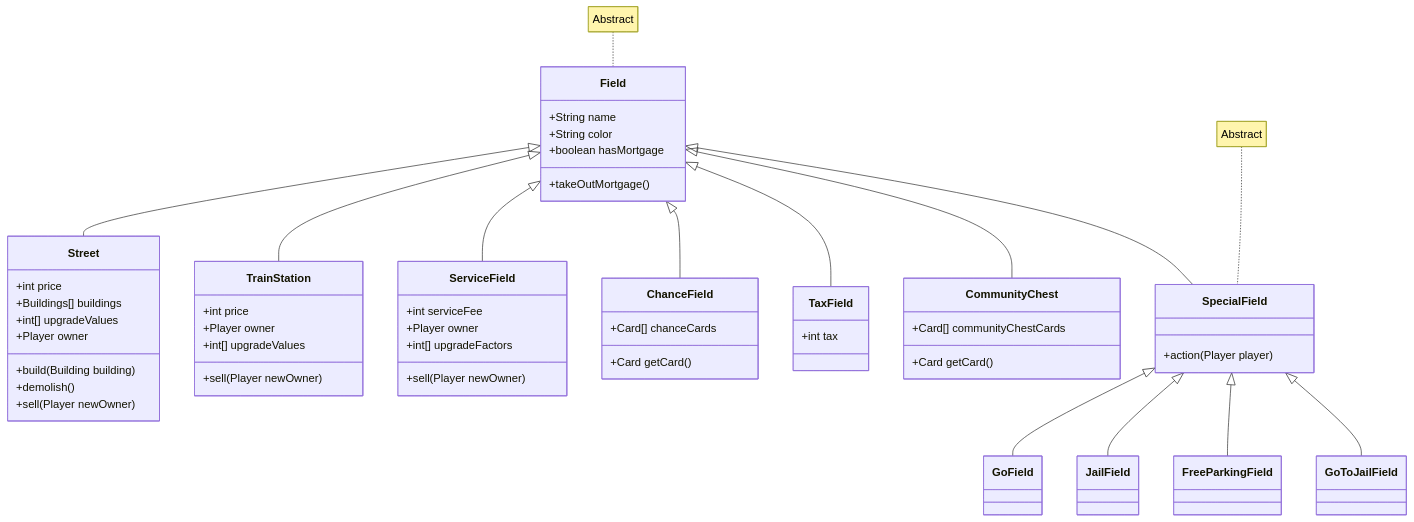
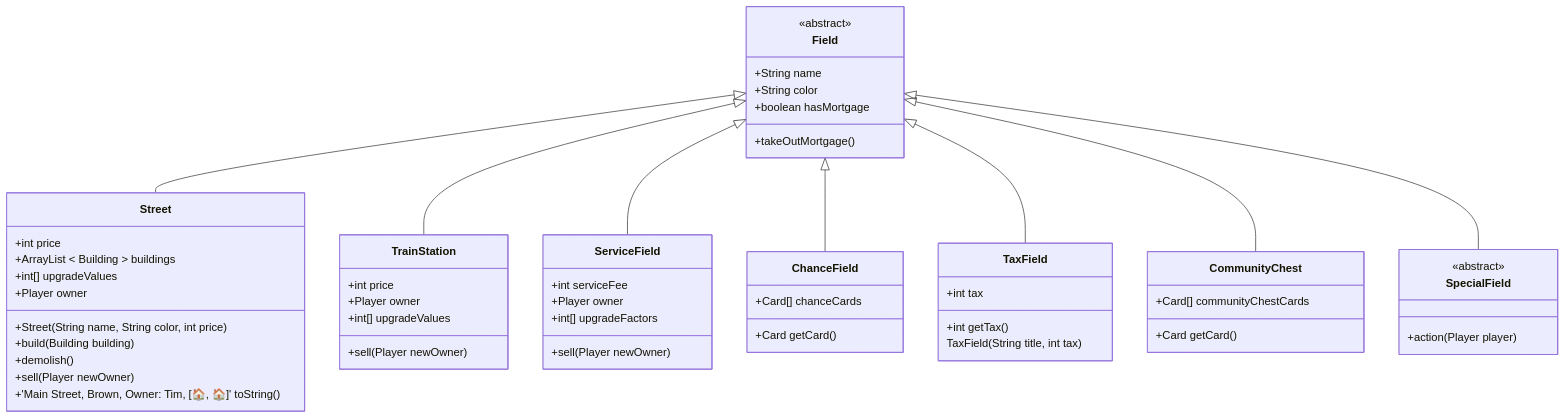
One commit to mhmFrost/Monopoly changed the first of 6 diagrams in classdiagram.md. Above: the diagram before and after it, drawn with Mermaid. The commit also changed other lines of this file and 1 other file, not shown here.

Commit message:
Updated with example outputs classdiagram.md.

````diff
--- a/classdiagram.md
+++ b/classdiagram.md
@@ -1,65 +1,64 @@
 ``` mermaid
 classDiagram
 Field <|-- Street
 Field <|-- TrainStation
 Field <|-- ServiceField
 Field <|-- ChanceField
 Field <|-- TaxField
 Field <|-- CommunityChest
 Field <|-- SpecialField
-SpecialField <|-- GoField
-SpecialField <|-- JailField
-SpecialField <|-- FreeParkingField
-SpecialField <|-- GoToJailField
-note for Field "Abstract"
-note for SpecialField "Abstract"
 
 class Field{
 +String name 
 +String color
 +boolean hasMortgage
 +takeOutMortgage()
 }
+<<abstract>> Field
 
 class Street{
 +int price
-+Buildings[] buildings
++ArrayList < Building > buildings
 +int[] upgradeValues
 +Player owner
++Street(String name, String color, int price)
 +build(Building building)
 +demolish()
 +sell(Player newOwner)
++'Main Street, Brown, Owner: Tim, [🏠, 🏠]' toString()
 }
-
 class TrainStation{
 +int price
 +Player owner
 +int[] upgradeValues
 +sell(Player newOwner)
 }
 
 class ServiceField{
 +int serviceFee
 +Player owner
 +int[] upgradeFactors
 +sell(Player newOwner)
 }
 
 class ChanceField{
 +Card[] chanceCards
 +Card getCard()
 }
 
 class TaxField{
 +int tax
++int getTax()
+TaxField(String title, int tax)
 }
 
 class CommunityChest{
 +Card[] communityChestCards
 +Card getCard()
 }
 
 class SpecialField{
 +action(Player player)
 }
+<<abstract>> SpecialField
 ```
````
